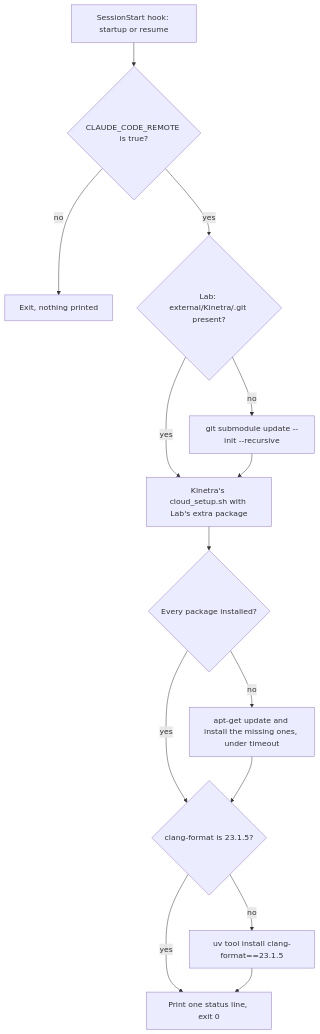
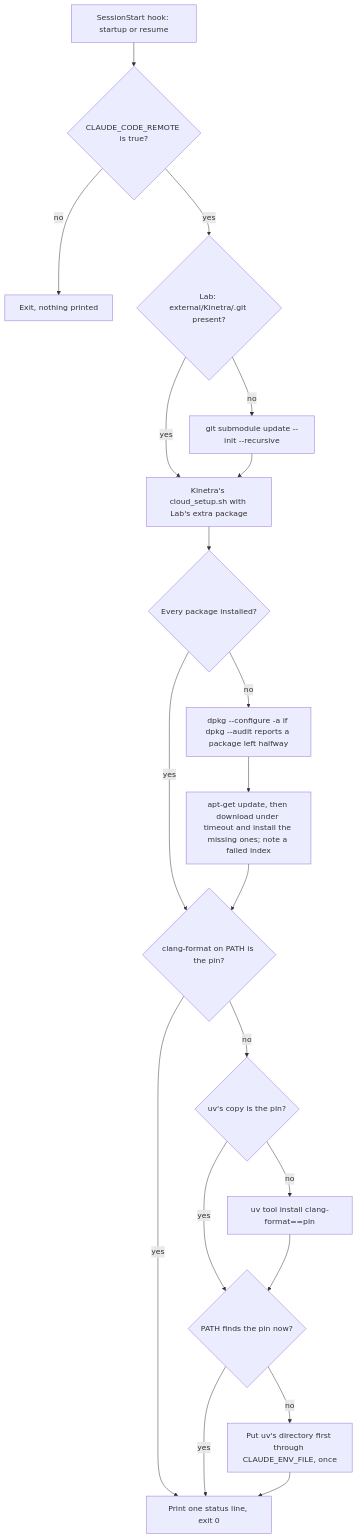
Before and after one commit to SMB-M87/Kinetra-Lab: the diagram in docs/design/2026-11-23-ready-to-build-cloud-sessions.md, drawn with Mermaid. The commit also changed other lines of this file, not shown here.

````diff
--- a/docs/design/2026-11-23-ready-to-build-cloud-sessions.md
+++ b/docs/design/2026-11-23-ready-to-build-cloud-sessions.md
@@ -67,16 +68,22 @@
 ```mermaid
 flowchart TD
     H[SessionStart hook: startup or resume] --> R{CLAUDE_CODE_REMOTE is true?}
     R -->|no| X[Exit, nothing printed]
     R -->|yes| L{Lab: external/Kinetra/.git present?}
     L -->|no| S[git submodule update --init --recursive]
     L -->|yes| K
     S --> K[Kinetra's cloud_setup.sh with Lab's extra package]
     K --> P{Every package installed?}
-    P -->|no| A[apt-get update and install the missing ones, under timeout]
+    P -->|no| D[dpkg --configure -a if dpkg --audit reports a package left halfway]
+    D --> A[apt-get update, then download under timeout and install the missing ones; note a failed index]
     P -->|yes| C
-    A --> C{clang-format is 23.1.5?}
-    C -->|no| U[uv tool install clang-format==23.1.5]
+    A --> C{clang-format on PATH is the pin?}
     C -->|yes| O
-    U --> O[Print one status line, exit 0]
+    C -->|no| V{uv's copy is the pin?}
+    V -->|no| U[uv tool install clang-format==pin]
+    V -->|yes| E
+    U --> E{PATH finds the pin now?}
+    E -->|no| F[Put uv's directory first through CLAUDE_ENV_FILE, once]
+    E -->|yes| O
+    F --> O[Print one status line, exit 0]
 ```
````
